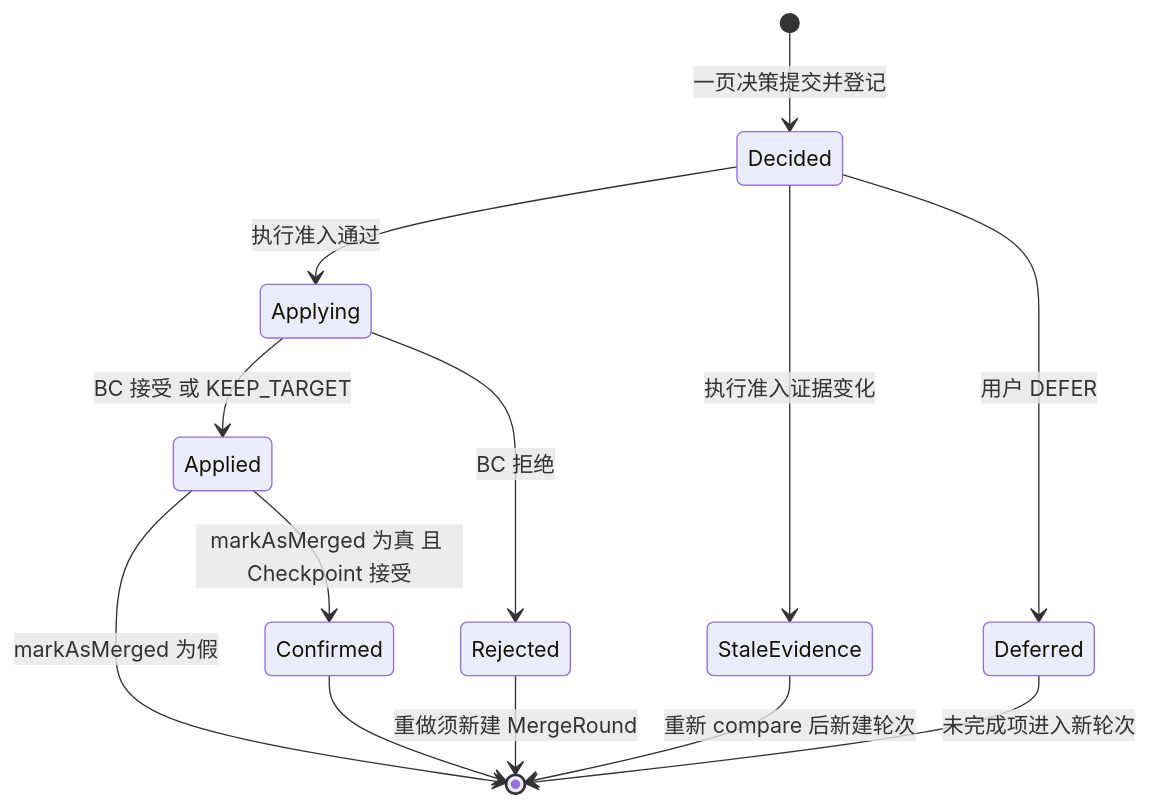
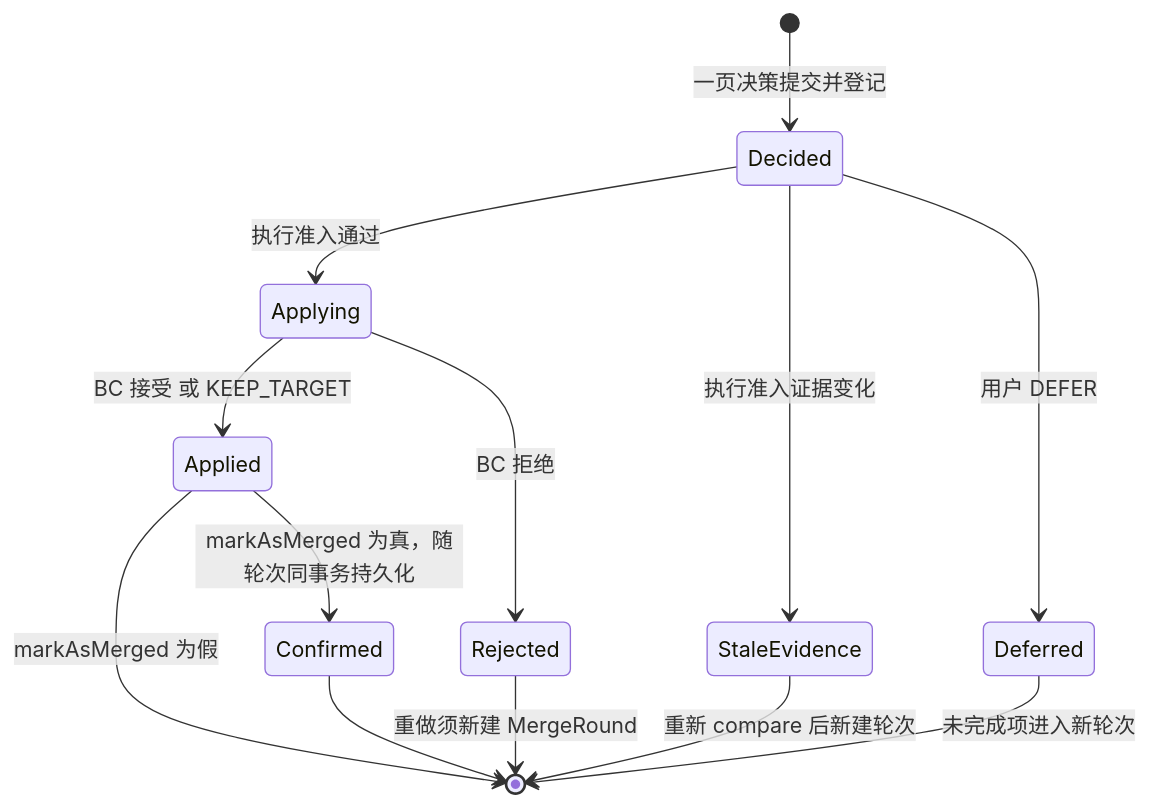
The second of 4 diagrams in docs/working-set/diagrams/merge-entry-lifecycle.md (Greytrack/ddd-workingset), drawn with Mermaid before and after one commit. The commit also changed other lines of this file and 44 other files, not shown here.

````diff
--- a/docs/working-set/diagrams/merge-entry-lifecycle.md
+++ b/docs/working-set/diagrams/merge-entry-lifecycle.md
@@ -80,15 +78,15 @@
 ```mermaid
 stateDiagram-v2
     [*] --> Decided: 一页决策提交并登记
     Decided --> StaleEvidence: 执行准入证据变化
     Decided --> Deferred: 用户 DEFER
     Decided --> Applying: 执行准入通过
     Applying --> Applied: BC 接受 或 KEEP_TARGET
     Applying --> Rejected: BC 拒绝
-    Applied --> Confirmed: markAsMerged 为真 且 Checkpoint 接受
+    Applied --> Confirmed: markAsMerged 为真，随轮次同事务持久化
     Applied --> [*]: markAsMerged 为假
     Confirmed --> [*]
     Rejected --> [*]: 重做须新建 MergeRound
     StaleEvidence --> [*]: 重新 compare 后新建轮次
     Deferred --> [*]: 未完成项进入新轮次
 ```
````
